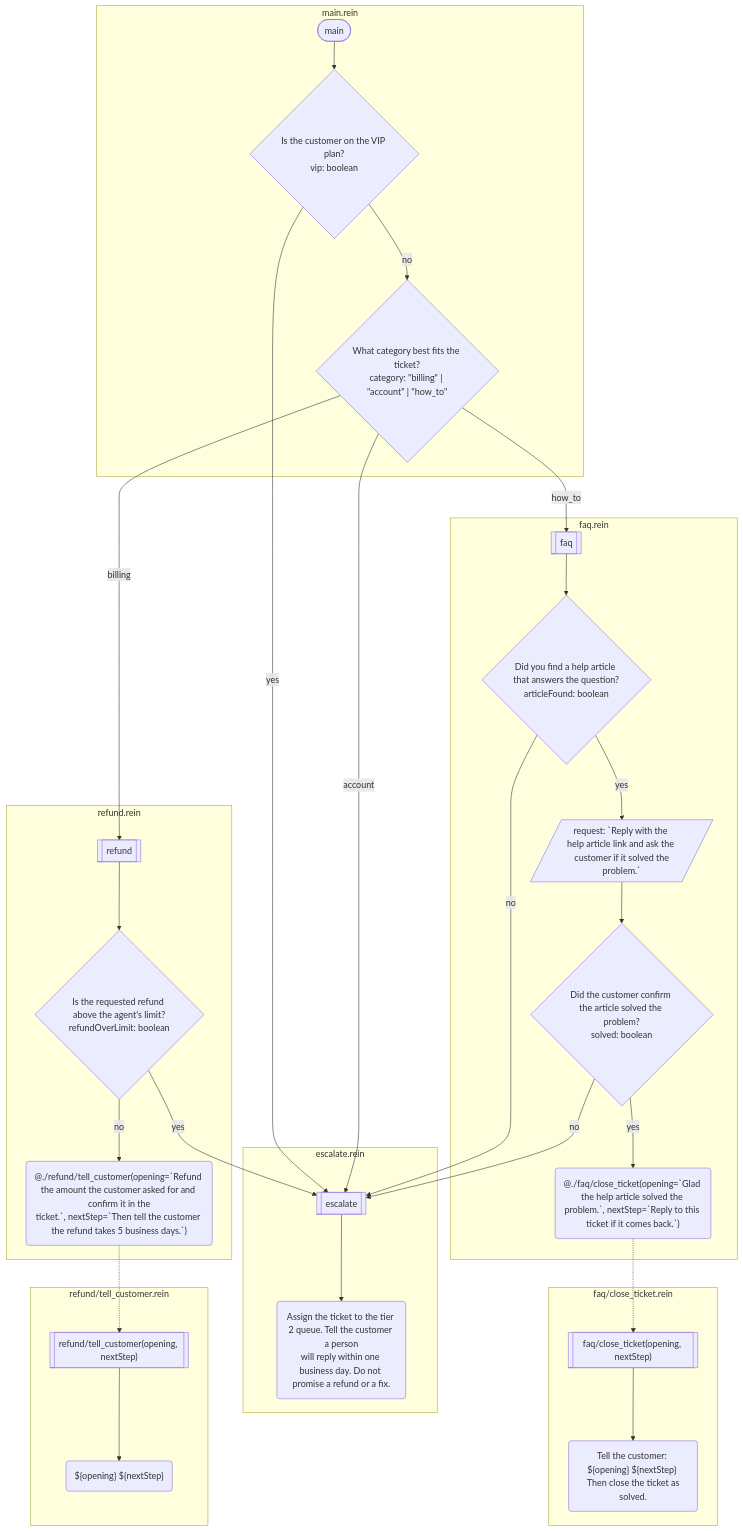
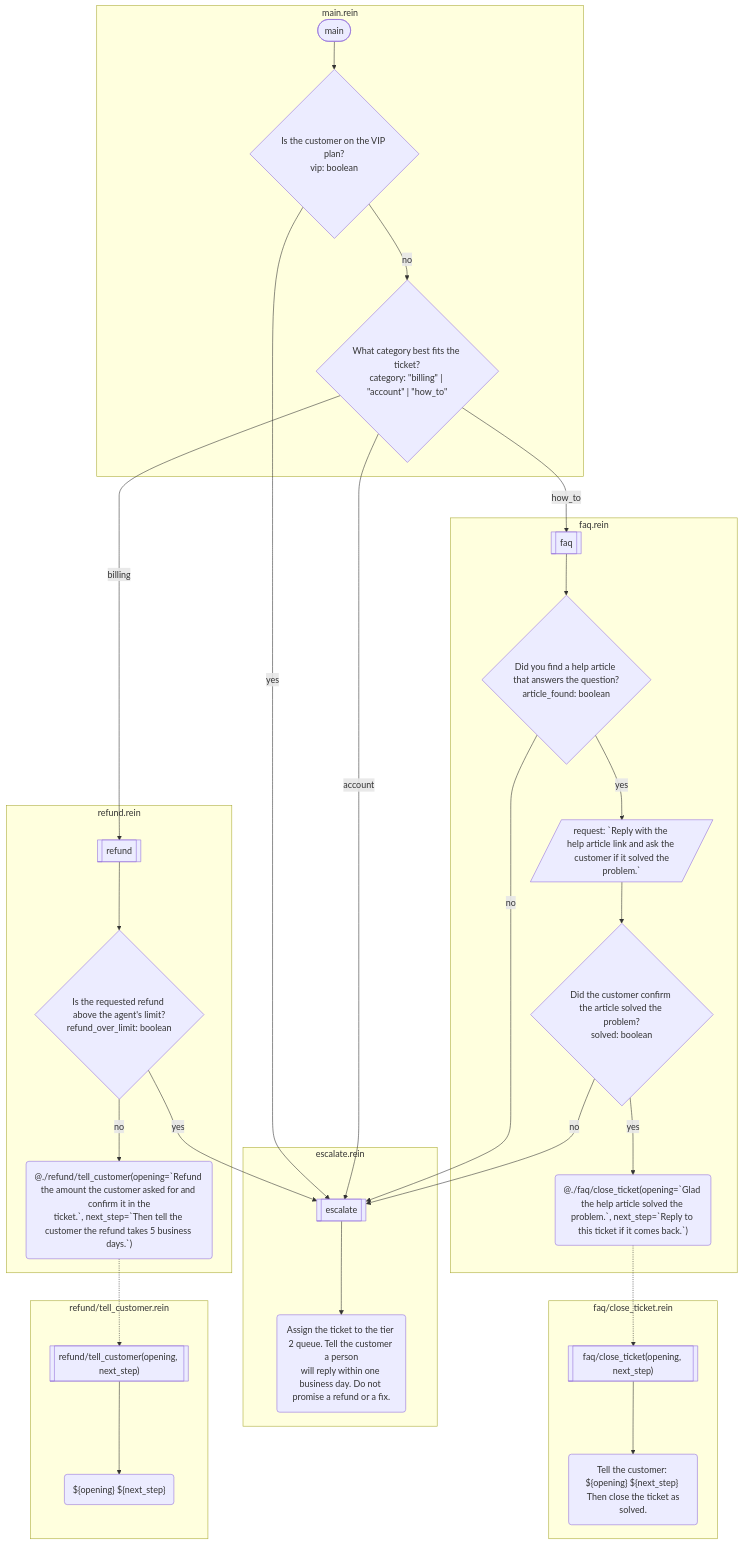
Before and after one commit to rein-lang/rein-lang.com: the diagram in docs/examples/support-ticket.md, drawn with Mermaid. The commit also changed 3 other files, not shown here.

````diff
--- a/docs/examples/support-ticket.md
+++ b/docs/examples/support-ticket.md
@@ -11,52 +11,52 @@
 ```mermaid
 flowchart TD
     subgraph s0 ["escalate.rein"]
         f0[["escalate"]]
         f0_0("Assign the ticket to the tier 2 queue. Tell the customer a person<br/>will reply within one business day. Do not promise a refund or a fix.")
     end
     subgraph s1 ["faq.rein"]
         f1[["faq"]]
-        f1_0{"Did you find a help article that answers the question?<br/>articleFound: boolean"}
+        f1_0{"Did you find a help article that answers the question?<br/>article_found: boolean"}
         f1_1[/"request: #96;Reply with the help article link and ask the customer if it solved the<br/>problem.#96;"/]
         f1_2{"Did the customer confirm the article solved the problem?<br/>solved: boolean"}
-        f1_3("@./faq/close_ticket(opening=#96;Glad the help article solved the problem.#96;, nextStep=#96;Reply to this ticket if it comes back.#96;)")
+        f1_3("@./faq/close_ticket(opening=#96;Glad the help article solved the problem.#96;, next_step=#96;Reply to this ticket if it comes back.#96;)")
     end
     subgraph s2 ["faq/close_ticket.rein"]
-        f2[["faq/close_ticket(opening, nextStep)"]]
-        f2_0("Tell the customer: ${opening} ${nextStep} Then close the ticket as<br/>solved.")
+        f2[["faq/close_ticket(opening, next_step)"]]
+        f2_0("Tell the customer: ${opening} ${next_step} Then close the ticket as<br/>solved.")
     end
     subgraph s3 ["main.rein"]
         f3(["main"])
         f3_0{"Is the customer on the VIP plan?<br/>vip: boolean"}
         f3_1{"What category best fits the ticket?<br/>category: #quot;billing#quot; | #quot;account#quot; | #quot;how_to#quot;"}
     end
     subgraph s4 ["refund.rein"]
         f4[["refund"]]
-        f4_0{"Is the requested refund above the agent's limit?<br/>refundOverLimit: boolean"}
-        f4_1("@./refund/tell_customer(opening=#96;Refund the amount the customer asked for and confirm it in the<br/>ticket.#96;, nextStep=#96;Then tell the customer the refund takes 5 business days.#96;)")
+        f4_0{"Is the requested refund above the agent's limit?<br/>refund_over_limit: boolean"}
+        f4_1("@./refund/tell_customer(opening=#96;Refund the amount the customer asked for and confirm it in the<br/>ticket.#96;, next_step=#96;Then tell the customer the refund takes 5 business days.#96;)")
     end
     subgraph s5 ["refund/tell_customer.rein"]
-        f5[["refund/tell_customer(opening, nextStep)"]]
-        f5_0("${opening} ${nextStep}")
+        f5[["refund/tell_customer(opening, next_step)"]]
+        f5_0("${opening} ${next_step}")
     end
     f0 --> f0_0
     f1 --> f1_0
     f1_0 -->|"no"| f0
     f1_0 -->|"yes"| f1_1
     f1_1 --> f1_2
     f1_2 -->|"yes"| f1_3
     f1_3 -.-> f2
     f1_2 -->|"no"| f0
     f2 --> f2_0
     f3 --> f3_0
     f3_0 -->|"yes"| f0
     f3_0 -->|"no"| f3_1
     f3_1 -->|"billing"| f4
     f3_1 -->|"account"| f0
     f3_1 -->|"how_to"| f1
     f4 --> f4_0
     f4_0 -->|"yes"| f0
     f4_0 -->|"no"| f4_1
     f4_1 -.-> f5
     f5 --> f5_0
 ```
````
